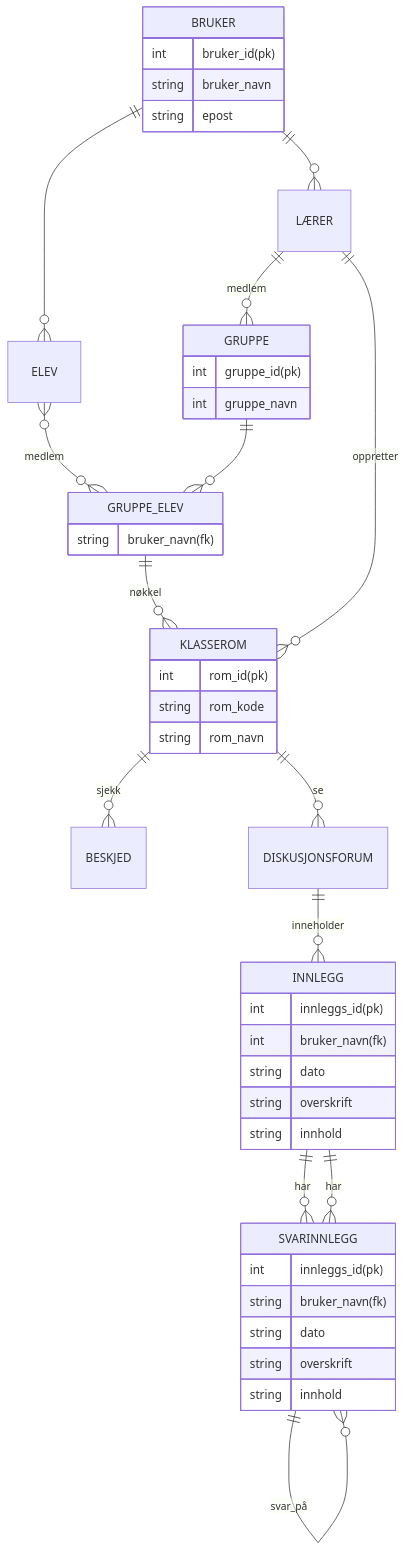
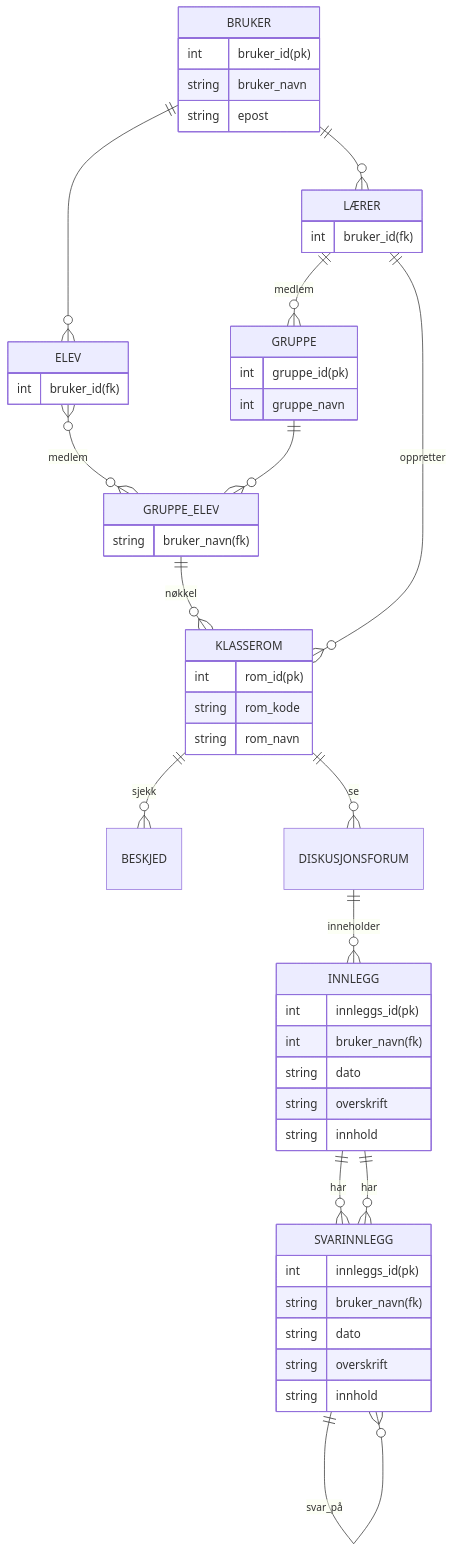
The second of 2 diagrams in OPPGAVE.md (programmerBredC/data1500-oving-04), drawn with Mermaid before and after one commit. The commit also changed other lines of this file, not shown here.

````diff
--- a/OPPGAVE.md
+++ b/OPPGAVE.md
@@ -49,52 +49,57 @@
 ```mermaid
 erDiagram
 BRUKER {
     int bruker_id(pk)
     string bruker_navn
     string epost
     }
     BRUKER ||--o{ LÆRER : ""
     BRUKER ||--o{ ELEV : ""
-
+ELEV {
+    int bruker_id(fk)
+}
+LÆRER {
+    int bruker_id(fk)
+}
 KLASSEROM {
     int rom_id(pk)
     string rom_kode
     string rom_navn
 }
     ELEV }o--o{ GRUPPE_ELEV : "medlem"
     GRUPPE_ELEV ||--o{ KLASSEROM :"nøkkel"
 
 GRUPPE_ELEV {
     string bruker_navn(fk)
 }
 GRUPPE {
     int gruppe_id(pk)
     int gruppe_navn
 }
     GRUPPE ||--o{ GRUPPE_ELEV: ""
     LÆRER ||--o{ KLASSEROM : "oppretter"
     LÆRER ||--o{ GRUPPE : "medlem"
     KLASSEROM ||--o{ BESKJED : "sjekk"
     KLASSEROM ||--o{ DISKUSJONSFORUM : "se"
     DISKUSJONSFORUM ||--o{ INNLEGG : "inneholder"
 
 INNLEGG {
     int innleggs_id(pk)
     int bruker_navn(fk)
     string dato
     string overskrift
     string innhold
 }
 SVARINNLEGG {
     int innleggs_id(pk)
     string bruker_navn(fk)
     string dato
     string overskrift
     string innhold
 }
     INNLEGG ||--o{ SVARINNLEGG : har
     SVARINNLEGG ||--o{ SVARINNLEGG : svar_på
 
     INNLEGG ||--o{ SVARINNLEGG : har
     SVARINNLEGG ||--o{ SVARINNLEGG : svar_på
 ```
````
